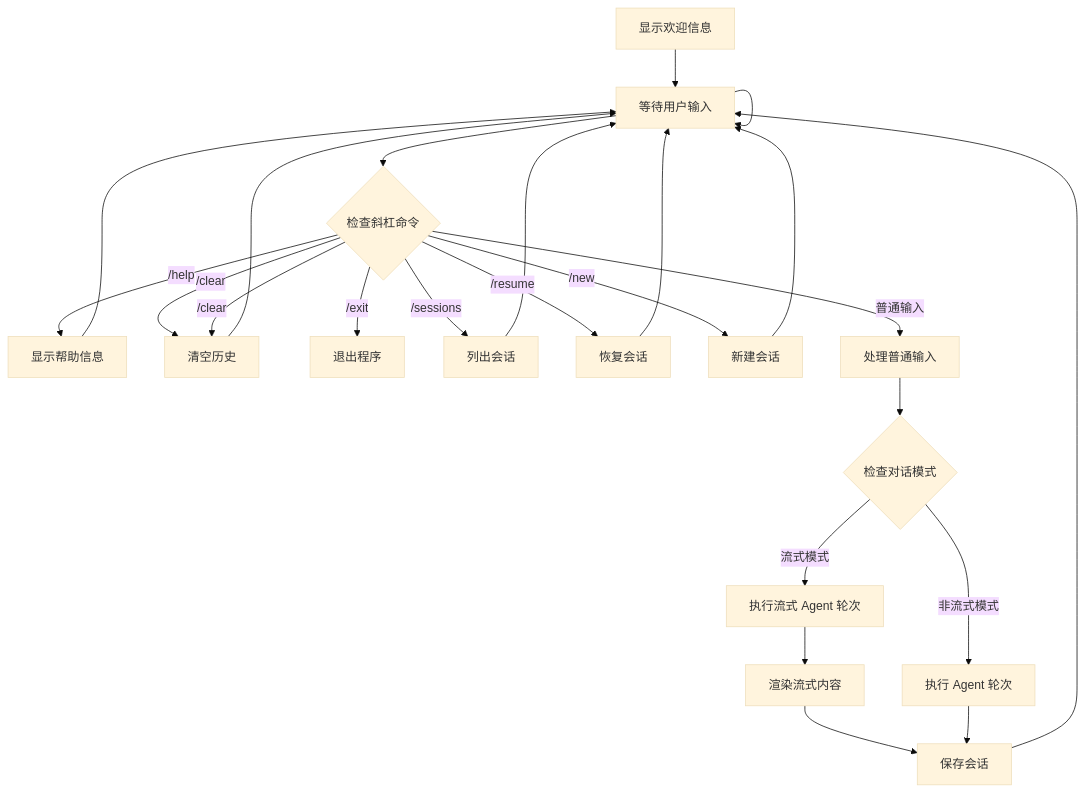
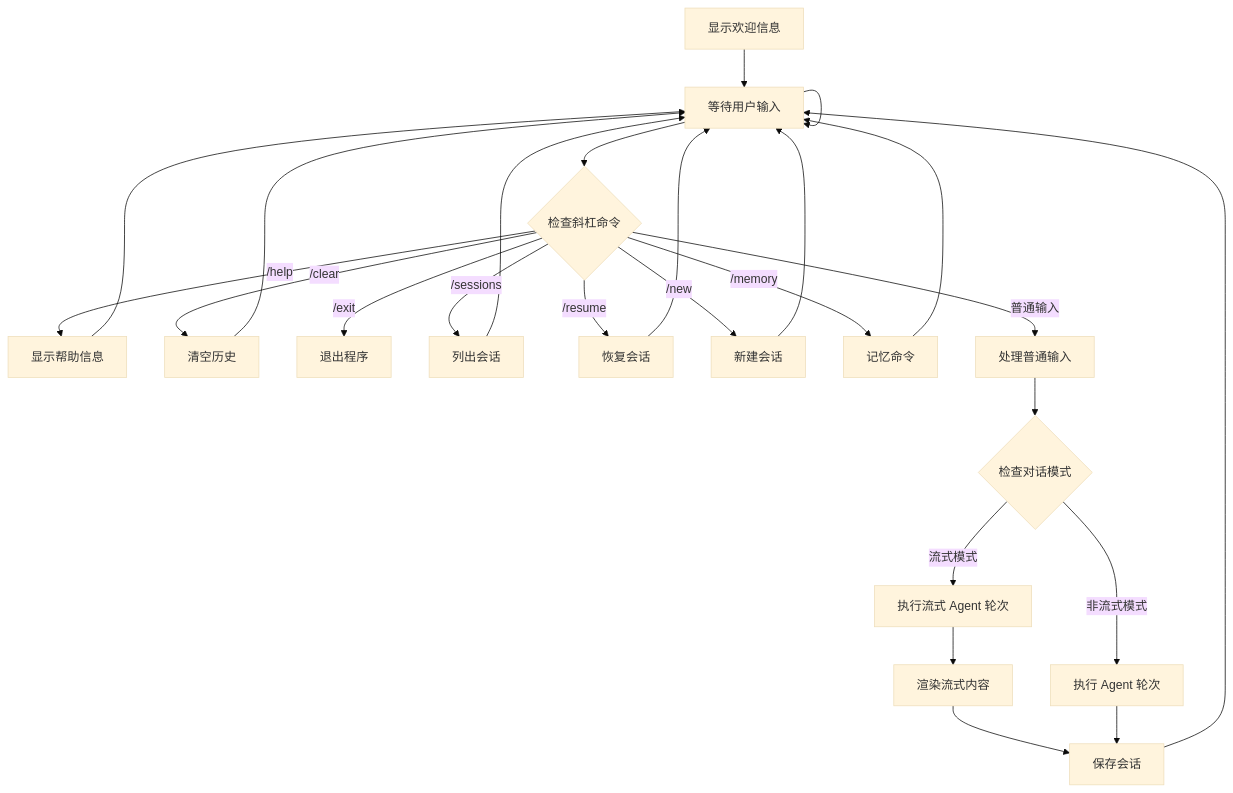
One commit to 250shiwo/MySmallAgent changed diagram 11 of 13 in .qoder/repowiki/zh/content/核心模块详解/Agent 对话循环.md. Above: the diagram before and after it, drawn with Mermaid (base theme). The commit also changed other lines of this file and 41 other files, not shown here.

````diff
--- a/.qoder/repowiki/zh/content/核心模块详解/Agent 对话循环.md
+++ b/.qoder/repowiki/zh/content/核心模块详解/Agent 对话循环.md
@@ -463,26 +582,27 @@
 ```mermaid
 flowchart TD
 Welcome[显示欢迎信息] --> Prompt[等待用户输入]
 Prompt --> CheckSlash{检查斜杠命令}
 CheckSlash --> |/help| ShowHelp[显示帮助信息]
 CheckSlash --> |/clear| ClearHistory[清空历史]
 CheckSlash --> |/exit| Exit[退出程序]
 CheckSlash --> |/sessions| ListSessions[列出会话]
 CheckSlash --> |/resume| ResumeSession[恢复会话]
 CheckSlash --> |/new| NewSession[新建会话]
-CheckSlash --> |/clear| ClearHistory
+CheckSlash --> |/memory| MemoryCommands[记忆命令]
 CheckSlash --> |普通输入| ProcessInput[处理普通输入]
 ShowHelp --> Prompt
 ListSessions --> Prompt
 ResumeSession --> Prompt
 NewSession --> Prompt
+MemoryCommands --> Prompt
 ClearHistory --> Prompt
 ProcessInput --> CheckMode{检查对话模式}
 CheckMode --> |流式模式| StreamTurn[执行流式 Agent 轮次]
 CheckMode --> |非流式模式| AgentTurn[执行 Agent 轮次]
 StreamTurn --> RenderStream[渲染流式内容]
 RenderStream --> SaveSession[保存会话]
 AgentTurn --> SaveSession
 SaveSession --> Prompt
 Prompt --> Prompt
 ```
````
